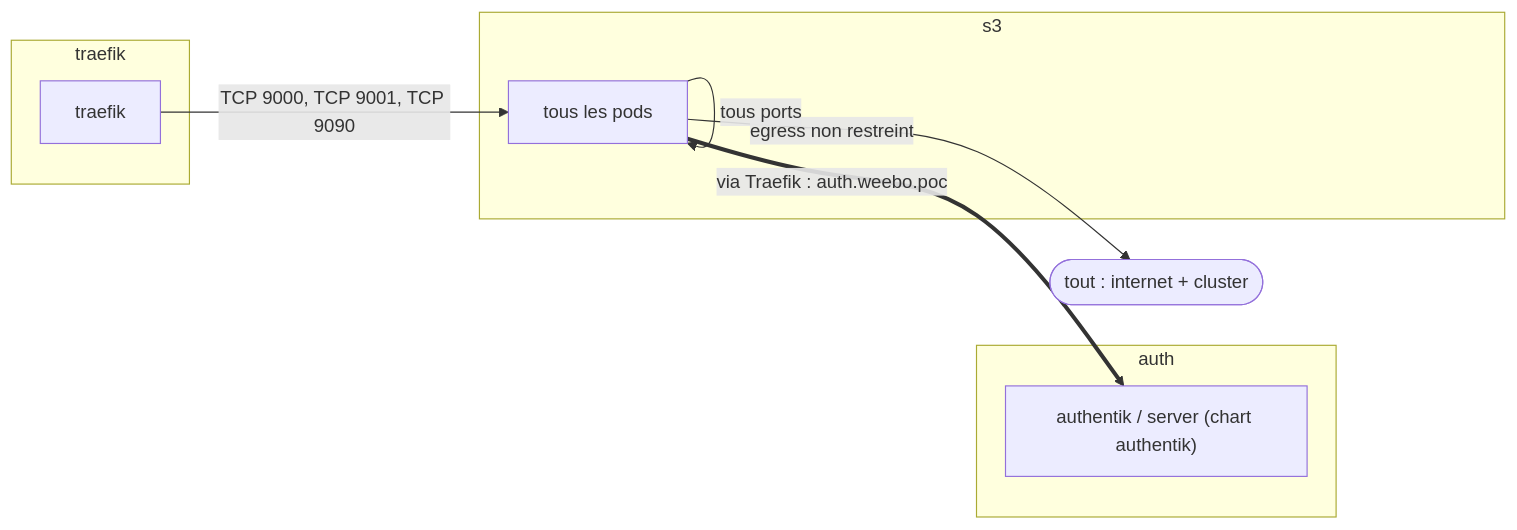
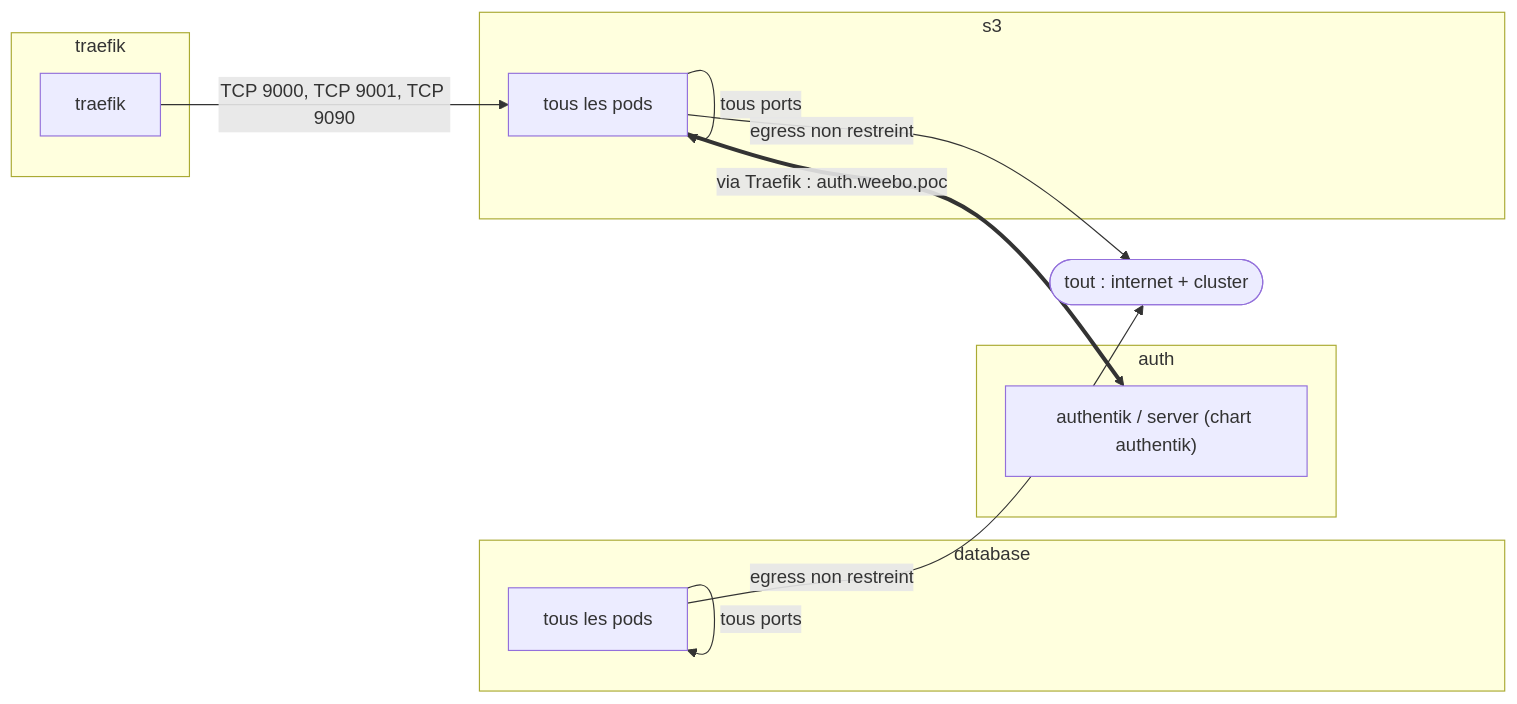
Before and after one commit to batleforc/weebo-si: the first of 2 diagrams in 0.docs/content/docs/security/network-flows/database.mdx, drawn with Mermaid. The commit also changed other lines of this file and 10 other files, not shown here.

````diff
--- a/0.docs/content/docs/security/network-flows/database.mdx
+++ b/0.docs/content/docs/security/network-flows/database.mdx
@@ -22,17 +22,22 @@
 ```mermaid
 flowchart LR
   n_entity_open_f65d5d(["tout : internet + cluster"])
   subgraph ns_auth["auth"]
     n_ns_auth_3aba95["authentik / server (chart authentik)"]
+  end
+  subgraph ns_database["database"]
+    n_ns_database_47a91f["tous les pods"]
   end
   subgraph ns_s3["s3"]
     n_ns_s3_0ff49c["tous les pods"]
   end
   subgraph ns_traefik["traefik"]
     n_ns_traefik_d50a8d["traefik"]
   end
+  n_ns_database_47a91f -->|"egress non restreint"| n_entity_open_f65d5d
+  n_ns_database_47a91f -->|"tous ports"| n_ns_database_47a91f
   n_ns_s3_0ff49c -->|"egress non restreint"| n_entity_open_f65d5d
   n_ns_s3_0ff49c ==>|"via Traefik : auth.weebo.poc"| n_ns_auth_3aba95
   n_ns_s3_0ff49c -->|"tous ports"| n_ns_s3_0ff49c
   n_ns_traefik_d50a8d -->|"TCP 9000, TCP 9001, TCP 9090"| n_ns_s3_0ff49c
 ```
````
